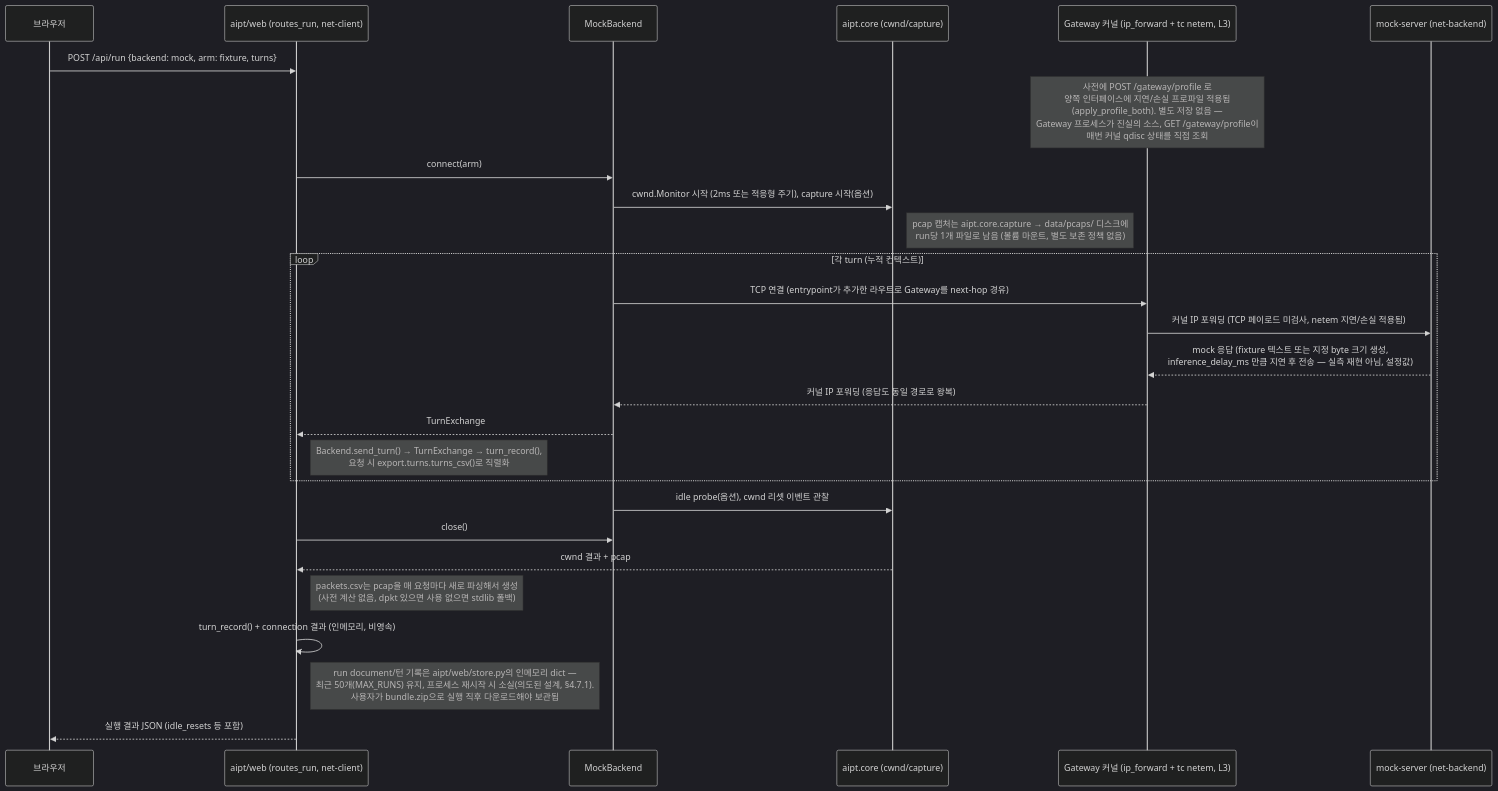
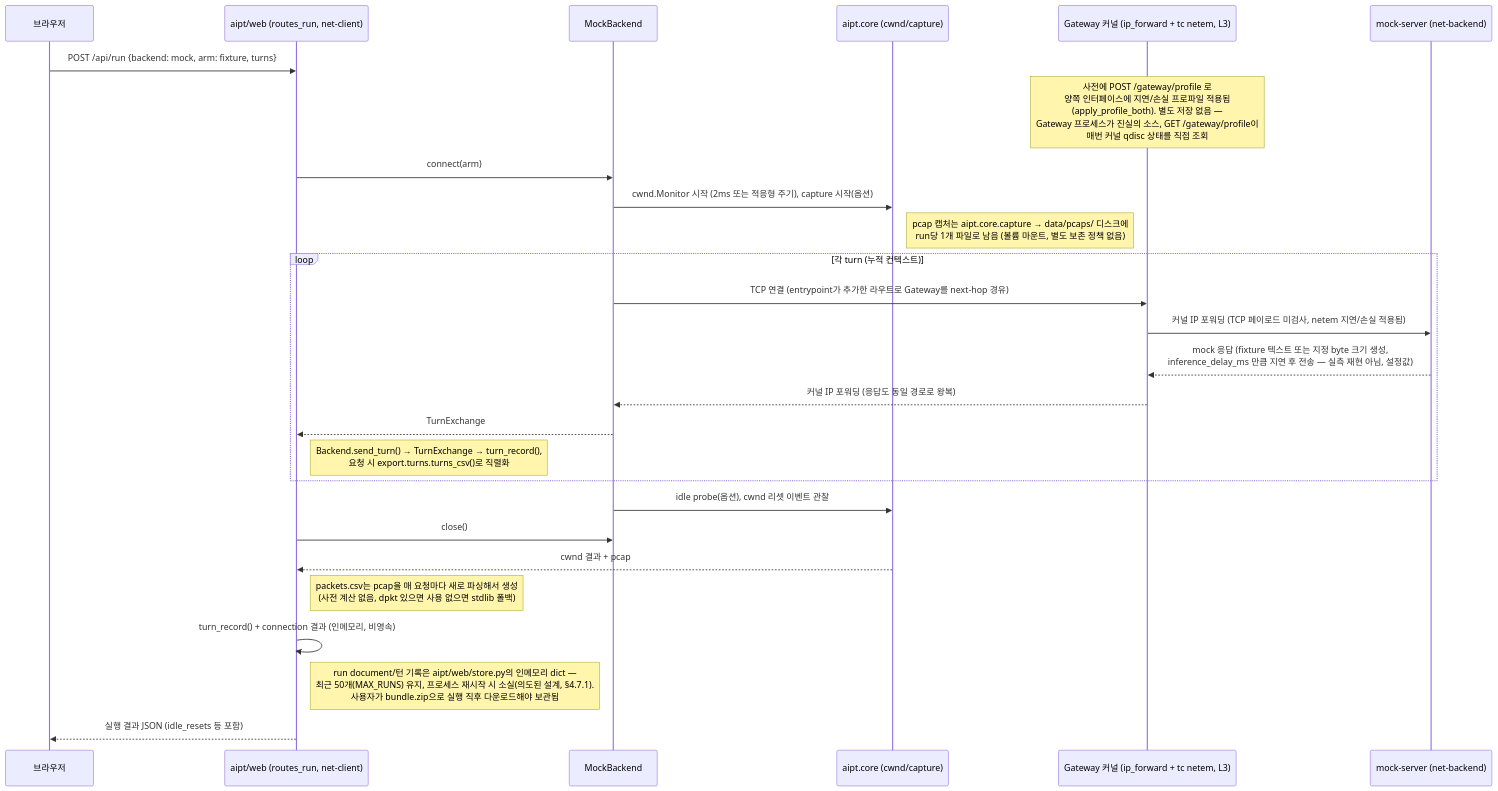
The fourth of 5 diagrams in AIPT/ARCHITECTURE.md (sangrokhan/remote_work), drawn with Mermaid before and after one commit. The commit also changed other lines of this file, not shown here.

First line of the commit message:
docs(AIPT): §3.2 sequence diagram 색상 원복, 폰트 크기만 유지

````diff
--- a/AIPT/ARCHITECTURE.md
+++ b/AIPT/ARCHITECTURE.md
@@ -348,31 +348,31 @@
 ```mermaid
-%%{init: {'theme': 'dark', 'themeVariables': {'fontSize': '18px'}, 'sequence': {'actorFontSize': 16, 'messageFontSize': 16, 'noteFontSize': 15, 'width': 160}}}%%
+%%{init: {'themeVariables': {'fontSize': '18px'}, 'sequence': {'actorFontSize': 16, 'messageFontSize': 16, 'noteFontSize': 15, 'width': 160}}}%%
 sequenceDiagram
     participant U as 브라우저
     participant W as aipt/web (routes_run, net-client)
     participant B as MockBackend
     participant Core as aipt.core (cwnd/capture)
     participant K as Gateway 커널 (ip_forward + tc netem, L3)
     participant M as mock-server (net-backend)
 
     U->>W: POST /api/run {backend: mock, arm: fixture, turns}
     Note over K: 사전에 POST /gateway/profile 로<br/>양쪽 인터페이스에 지연/손실 프로파일 적용됨<br/>(apply_profile_both). 별도 저장 없음 —<br/>Gateway 프로세스가 진실의 소스, GET /gateway/profile이<br/>매번 커널 qdisc 상태를 직접 조회
     W->>B: connect(arm)
     B->>Core: cwnd.Monitor 시작 (2ms 또는 적응형 주기), capture 시작(옵션)
     Note right of Core: pcap 캡처는 aipt.core.capture → data/pcaps/ 디스크에<br/>run당 1개 파일로 남음 (볼륨 마운트, 별도 보존 정책 없음)
     loop 각 turn (누적 컨텍스트)
         B->>K: TCP 연결 (entrypoint가 추가한 라우트로 Gateway를 next-hop 경유)
         K->>M: 커널 IP 포워딩 (TCP 페이로드 미검사, netem 지연/손실 적용됨)
         M-->>K: mock 응답 (fixture 텍스트 또는 지정 byte 크기 생성,<br/>inference_delay_ms 만큼 지연 후 전송 — 실측 재현 아님, 설정값)
         K-->>B: 커널 IP 포워딩 (응답도 동일 경로로 왕복)
         B-->>W: TurnExchange
         Note right of W: Backend.send_turn() → TurnExchange → turn_record(),<br/>요청 시 export.turns.turns_csv()로 직렬화
     end
     B->>Core: idle probe(옵션), cwnd 리셋 이벤트 관찰
     W->>B: close()
     Core-->>W: cwnd 결과 + pcap
     Note right of W: packets.csv는 pcap을 매 요청마다 새로 파싱해서 생성<br/>(사전 계산 없음, dpkt 있으면 사용 없으면 stdlib 폴백)
     W->>W: turn_record() + connection 결과 (인메모리, 비영속)
     Note right of W: run document/턴 기록은 aipt/web/store.py의 인메모리 dict —<br/>최근 50개(MAX_RUNS) 유지, 프로세스 재시작 시 소실(의도된 설계, §4.7.1).<br/>사용자가 bundle.zip으로 실행 직후 다운로드해야 보관됨
     W-->>U: 실행 결과 JSON (idle_resets 등 포함)
 ```
````
